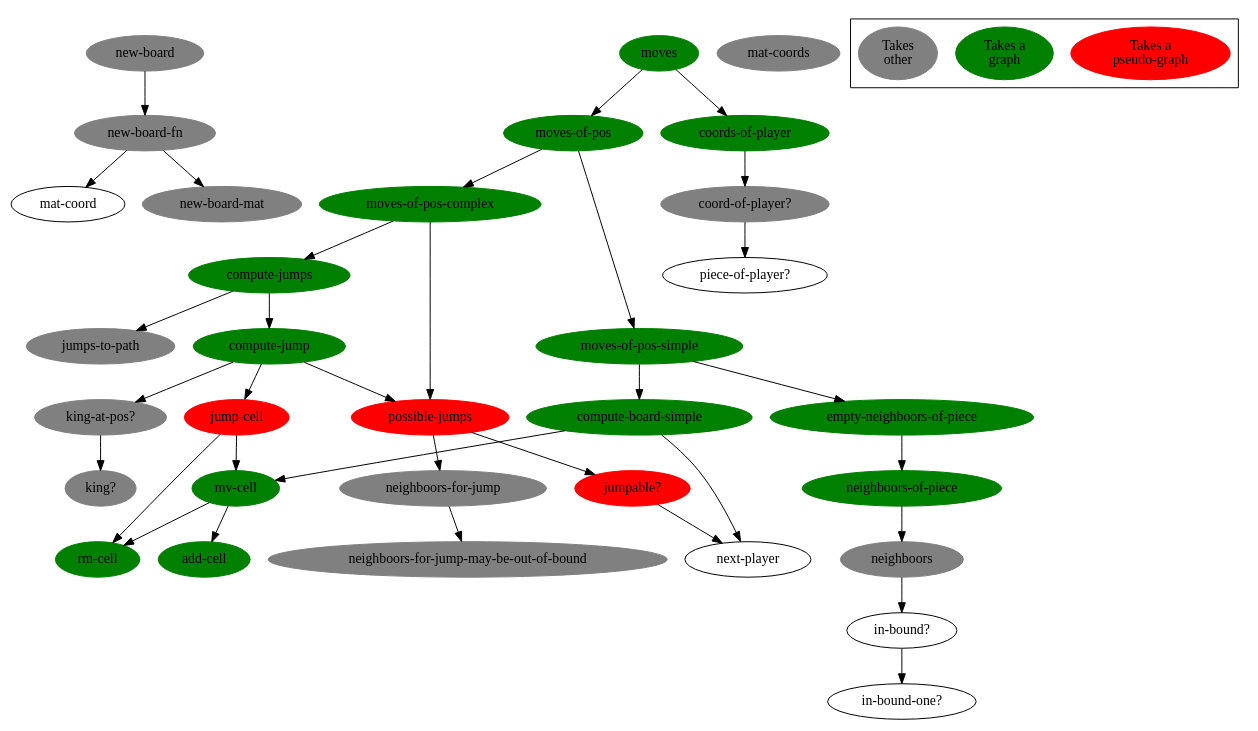
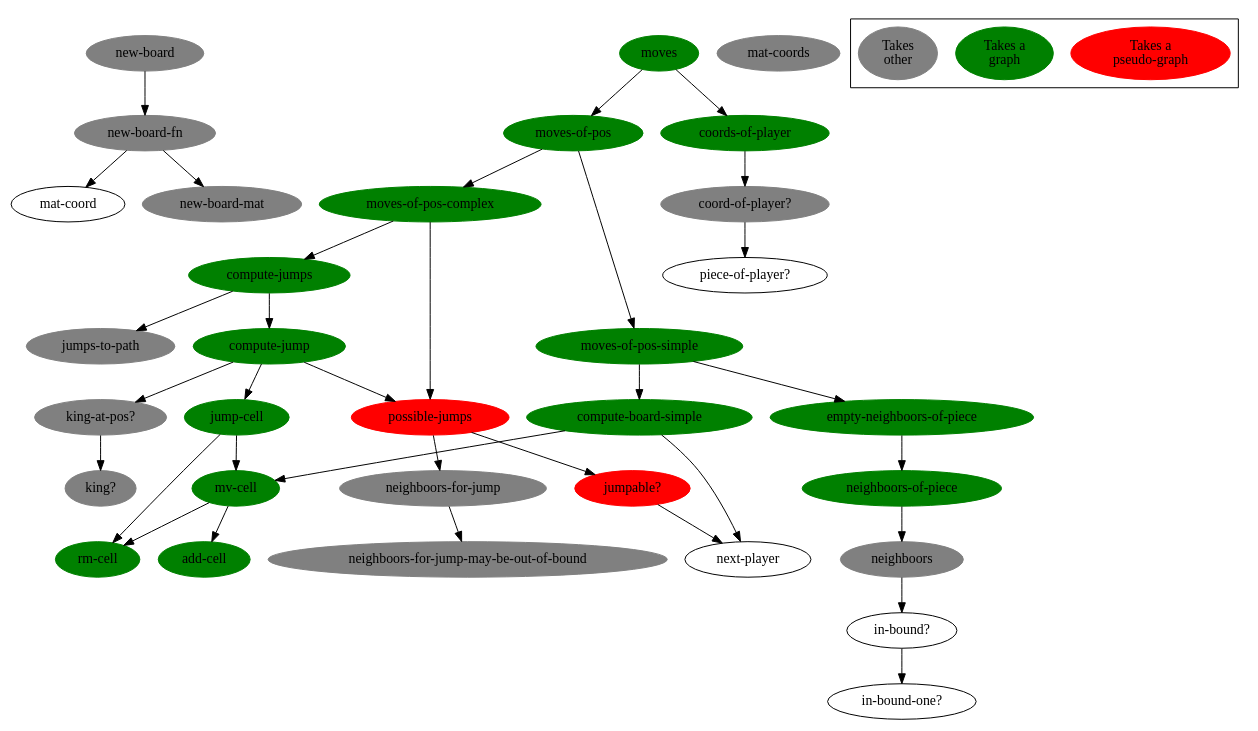
One commit to denlab/clojure-plays-checkers changed the diagram in doc/function-graph-detailled.dot. Above: the diagram before and after it, drawn with Graphviz.

Commit message:
doc: fix: typo on the color of a node

```diff
--- a/doc/function-graph-detailled.dot
+++ b/doc/function-graph-detailled.dot
@@ -1,113 +1,113 @@
 digraph funtions {
 
 /******************************************************************************
  *                         edges                                              *         
  ******************************************************************************/
 
         "new-board-fn" -> "mat-coord";
         "new-board-fn" -> "new-board-mat";
         
         "new-board" -> "new-board-fn";
 
         "in-bound?" -> "in-bound-one?";
 
         "neighboors" -> "in-bound?";
 
         "neighboors-of-piece" -> "neighboors";
 
         "empty-neighboors-of-piece" -> "neighboors-of-piece";
 
         "mv-cell" -> "rm-cell";
         "mv-cell" -> "add-cell";
 
         "compute-board-simple" -> "mv-cell";
         "compute-board-simple" -> "next-player";
 
         "moves-of-pos-simple" -> "compute-board-simple";
         "moves-of-pos-simple" ->  "empty-neighboors-of-piece";
         
         "neighboors-for-jump" -> "neighboors-for-jump-may-be-out-of-bound";
 
         "jumpable?" -> "next-player";
 
         "possible-jumps" -> "jumpable?";
         "possible-jumps" -> "neighboors-for-jump";
 
         "jump-cell" -> "rm-cell";
         "jump-cell" -> "mv-cell";
 
         "king-at-pos?" -> "king?";
 
         "compute-jump" -> "jump-cell";
         "compute-jump" -> "possible-jumps";
         "compute-jump" -> "king-at-pos?";
 
         "compute-jumps" -> "compute-jump";
         "compute-jumps" -> "jumps-to-path";
 
         "moves-of-pos-complex" -> "compute-jumps";
         "moves-of-pos-complex" -> "possible-jumps";
 
         "moves-of-pos" -> "moves-of-pos-simple";
         "moves-of-pos" -> "moves-of-pos-complex";
 
         "coord-of-player?" -> "piece-of-player?";
 
         "coords-of-player" -> "coord-of-player?";
 
         "moves" -> "moves-of-pos";
         "moves" -> "coords-of-player";
 
 /******************************************************************************
  *                         nodes                                              *         
  ******************************************************************************/
 
         "moves"[bgcolor=green color=green style=filled];
         "coords-of-player"[bgcolor=green color=green style=filled];
         "moves-of-pos"[bgcolor=green color=green style=filled];
         "moves-of-pos-complex"[bgcolor=green color=green style=filled];
         "moves-of-pos-simple"[bgcolor=green color=green style=filled];
         "compute-board-simple"[bgcolor=green color=green style=filled];
         "mv-cell"[bgcolor=green color=green style=filled];
         "add-cell"[bgcolor=green color=green style=filled];
         "rm-cell"[bgcolor=green color=green style=filled];
         "empty-neighboors-of-piece"[bgcolor=green color=green style=filled];
         "neighboors-of-piece"[bgcolor=green color=green style=filled];
 
         "compute-jump"[bgcolor=green color=green style=filled];
 
-        "jump-cell"[bgcolor=red color=red style=filled];
+        "jump-cell"[bgcolor=green color=green style=filled];
         "possible-jumps"[bgcolor=red color=red style=filled];
         "jumpable?"[bgcolor=red color=red style=filled];
 
         "coord-of-player?"[bgcolor=grey color=grey style=filled];
         "jumps-to-path"[bgcolor=grey color=grey style=filled];
         "king-at-pos?"[bgcolor=grey color=grey style=filled];
         "king?"[bgcolor=grey color=grey style=filled];
         "neighboors-for-jump"[bgcolor=grey color=grey style=filled];
         "neighboors-for-jump-may-be-out-of-bound"[bgcolor=grey color=grey style=filled];
         "neighboors"[bgcolor=grey color=grey style=filled];
         "new-board"[bgcolor=grey color=grey style=filled];
         "new-board-fn"[bgcolor=grey color=grey style=filled];
         "new-board-mat"[bgcolor=grey color=grey style=filled];
         "mat-coords"[bgcolor=grey color=grey style=filled];
 
 
         "compute-jumps"[bgcolor=green color=green style=filled];
 
 /******************************************************************************
  *                         legend                                             *         
  ******************************************************************************/
 
         "Takes a\npseudo-graph"[bgcolor=red color=red style=filled];
         "Takes a\ngraph"[bgcolor=green color=green style=filled];
 //        "Takes\nother"[bgcolor="#94003f" color="#94003f" style=filled];
         "Takes\nother"[bgcolor=grey color=grey style=filled];
 
         subgraph "cluster-legend" {
                 "Takes a\npseudo-graph";
                 "Takes a\ngraph";
                 "Takes\nother";
         }
 
 }
```
